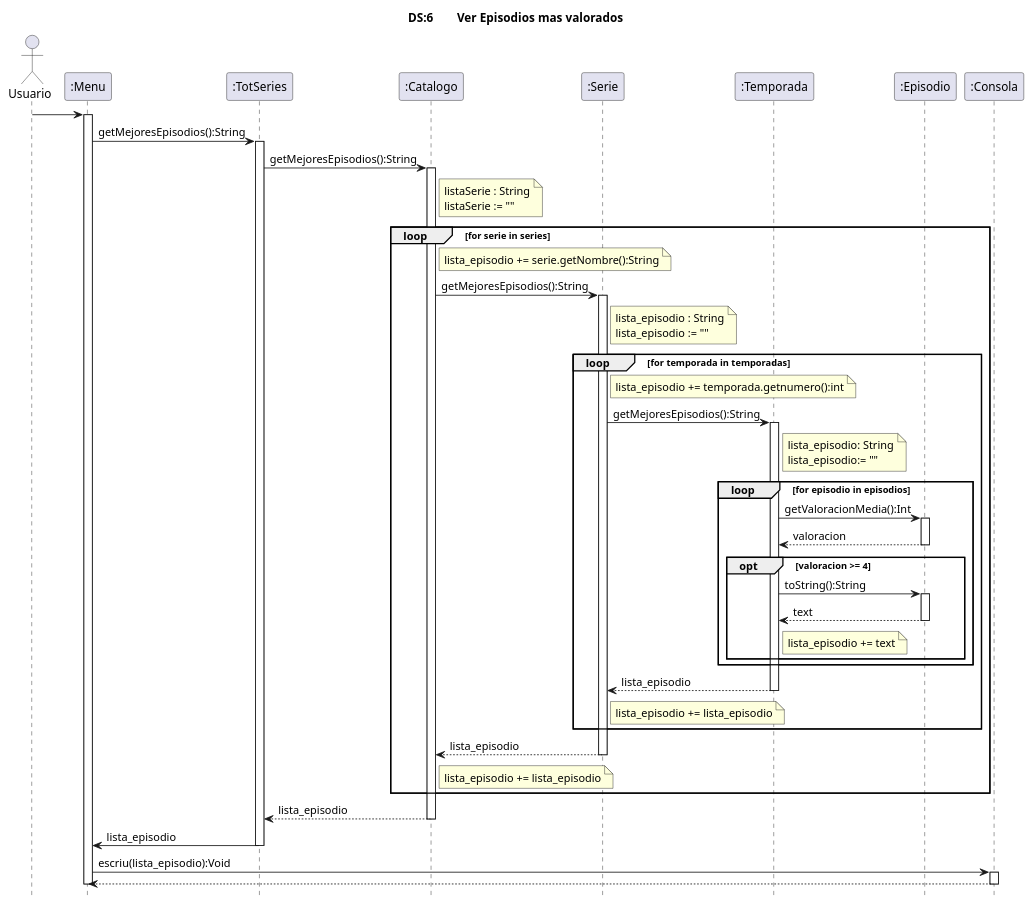
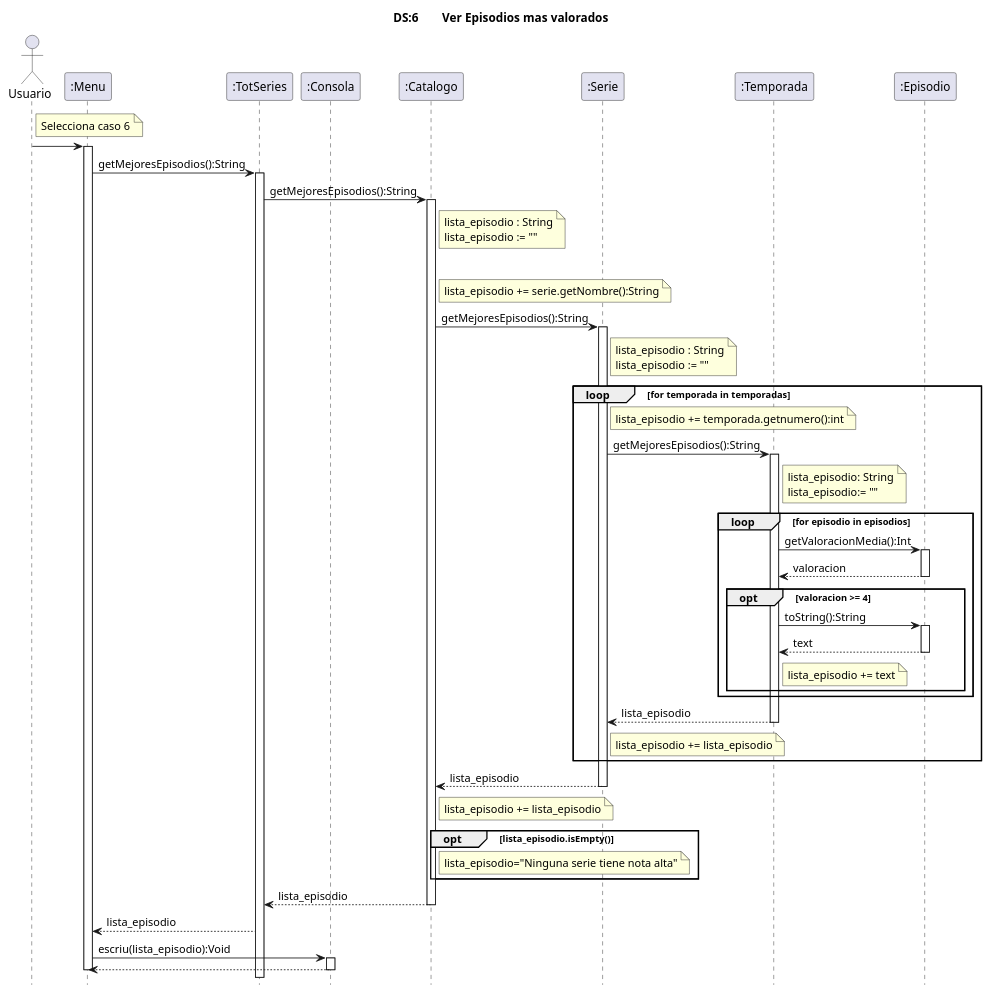
The diagram in src/totseries/Uml/Secuencia/Diagrama de Secuencia UC6.puml (MrViciao/TotSeries), drawn with PlantUML before and after one commit. The commit also changed 8 other files, not shown here.

Commit message:
Cambios en codigo y diagramas y espero no cagarla

```diff
--- a/src/totseries/Uml/Secuencia/Diagrama de Secuencia UC6.puml
+++ b/src/totseries/Uml/Secuencia/Diagrama de Secuencia UC6.puml
@@ -1,97 +1,105 @@
 @startuml
 title	DS:6	Ver Episodios mas valorados
 hide	footbox
 
 actor Usuario
 participant ":Menu" as Menu
 participant ":TotSeries" as TotSeries
+participant ":Consola" as Consola
 participant ":Catalogo" as Catalogo
 participant ":Serie" as Serie
 participant ":Temporada" as Temporada
 participant ":Episodio" as Episodio
-participant ":Consola" as Consola
+
+
+note right Usuario
+        Selecciona caso 6
+    end note
 Usuario -> Menu
 activate Menu
+
 Menu -> TotSeries:getMejoresEpisodios():String
 activate TotSeries
 TotSeries -> Catalogo:getMejoresEpisodios():String
 activate Catalogo
 
 
 note right Catalogo
-    listaSerie : String
-    listaSerie := ""
+    lista_episodio : String
+    lista_episodio := ""
 end note
 
 loop for serie in series
     note right Catalogo
         lista_episodio += serie.getNombre():String
     end note
     Catalogo -> Serie:getMejoresEpisodios():String
     activate Serie
-
 
     note right Serie
     lista_episodio : String
     lista_episodio := ""
     end note
 
     loop for temporada in temporadas
         note right Serie
         lista_episodio += temporada.getnumero():int
         end note
         Serie -> Temporada:getMejoresEpisodios():String
         activate Temporada
 
 
         note right Temporada
             lista_episodio: String
             lista_episodio:= ""
         end note
 
         loop for episodio in episodios
             Temporada -> Episodio:getValoracionMedia():Int
             activate Episodio
             Episodio --> Temporada:valoracion
             deactivate Episodio
-
 
             opt valoracion >= 4
                 Temporada -> Episodio:toString():String
                 activate Episodio
                 Episodio --> Temporada:text
                 deactivate Episodio
 
                 note right Temporada
                     lista_episodio += text
                 end note
 
             end opt
         end loop
         Temporada --> Serie:lista_episodio
         deactivate Temporada
 
 
         note right Serie
             lista_episodio += lista_episodio
         end note
 
     end loop
     Serie --> Catalogo:lista_episodio
     deactivate Serie
 
      note right Catalogo
         lista_episodio += lista_episodio
     end note
+
+    opt lista_episodio.isEmpty()
+        note right Catalogo
+            lista_episodio="Ninguna serie tiene nota alta"
+        end note
+        
 end loop
 Catalogo --> TotSeries:lista_episodio
 deactivate Catalogo
-
-TotSeries -> Menu : lista_episodio
-deactivate TotSeries
+TotSeries --> Menu:lista_episodio
 Menu -> Consola : escriu(lista_episodio):Void
 activate Consola
 Consola --> Menu
 deactivate Consola
 deactivate Menu
 @enduml
```
